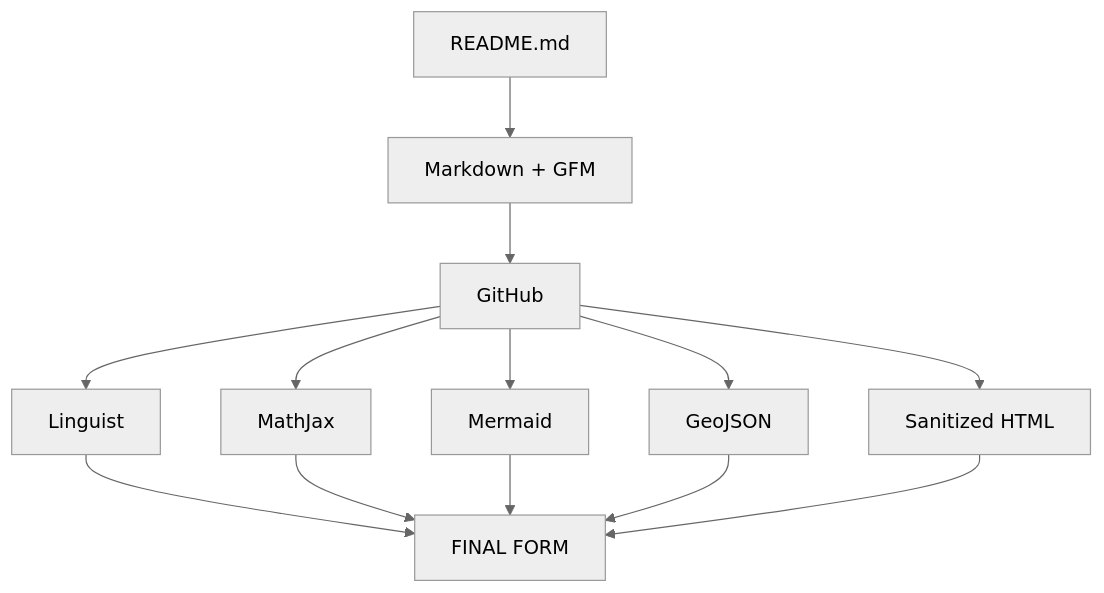
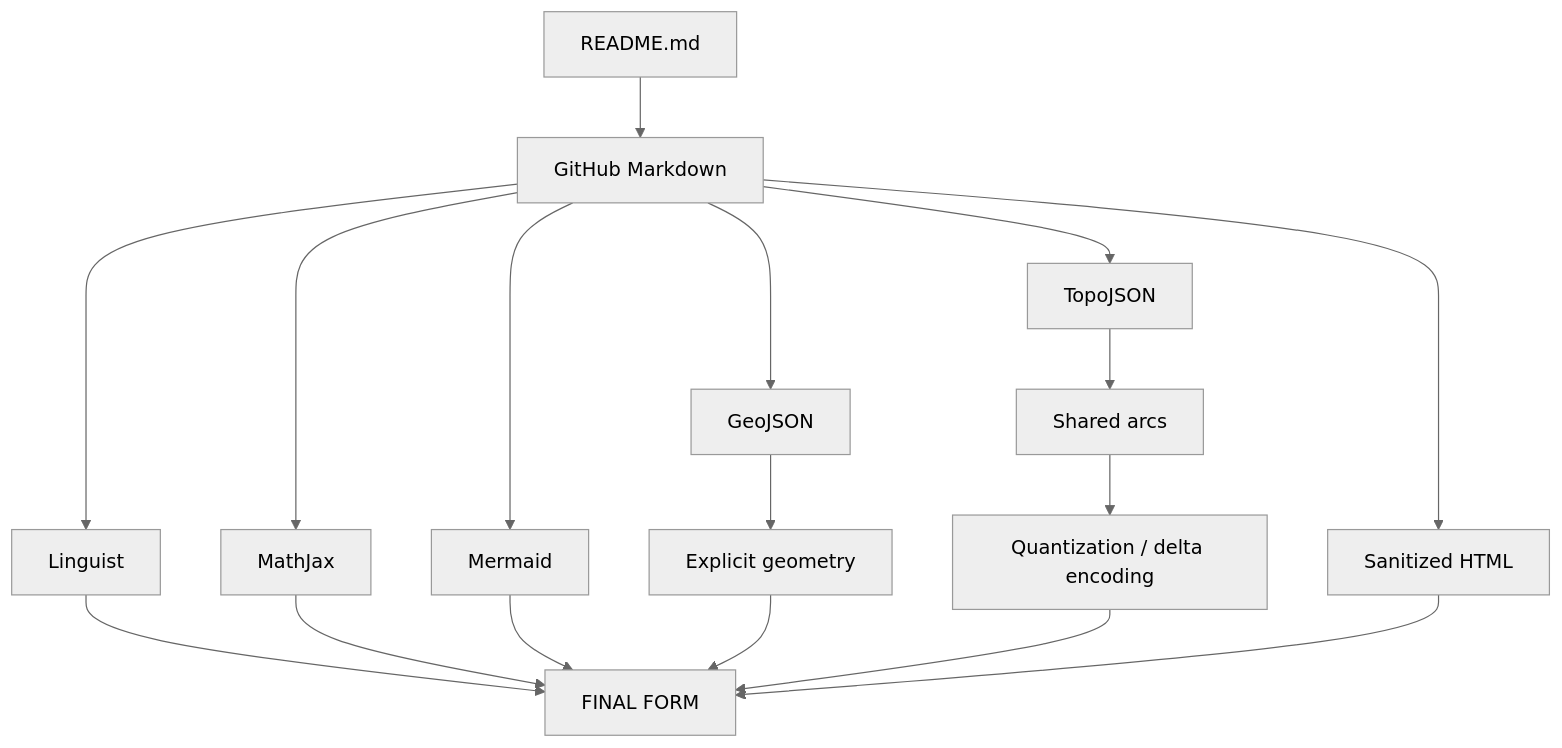
The sixth of 6 diagrams in README.md (thiepn/markdown), drawn with Mermaid (neutral theme) before and after one commit. The commit also changed other lines of this file, not shown here.

Commit message:
M11: build interactive TopoJSON topology showcase

````diff
--- a/README.md
+++ b/README.md
@@ -1903,18 +1691,21 @@
 ```mermaid
 flowchart TB
-    README[README.md]
-    README --> CORE[Markdown + GFM]
-    CORE --> GH[GitHub]
-
+    README[README.md] --> GH[GitHub Markdown]
     GH --> CODE[Linguist]
     GH --> MATH[MathJax]
     GH --> DIAGRAM[Mermaid]
-    GH --> MAP[GeoJSON]
-    GH --> HYBRID[Sanitized HTML]
+    GH --> GEO[GeoJSON]
+    GH --> TOPO[TopoJSON]
+    GH --> HTML[Sanitized HTML]
+
+    GEO --> COORD[Explicit geometry]
+    TOPO --> ARC[Shared arcs]
+    ARC --> TRANSFORM[Quantization / delta encoding]
 
     CODE --> FINAL[FINAL FORM]
     MATH --> FINAL
     DIAGRAM --> FINAL
-    MAP --> FINAL
-    HYBRID --> FINAL
+    COORD --> FINAL
+    TRANSFORM --> FINAL
+    HTML --> FINAL
 ```
````
